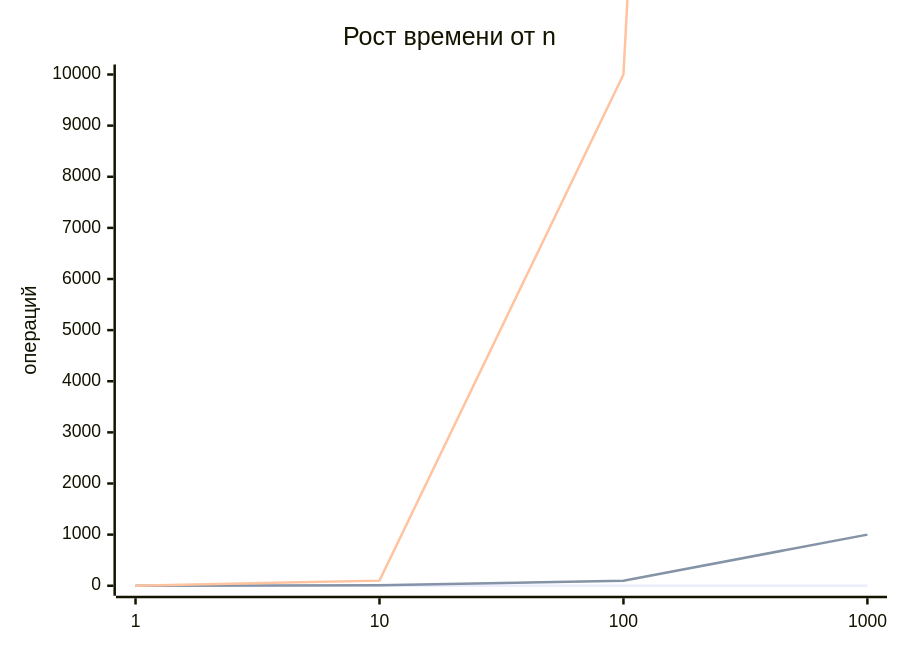
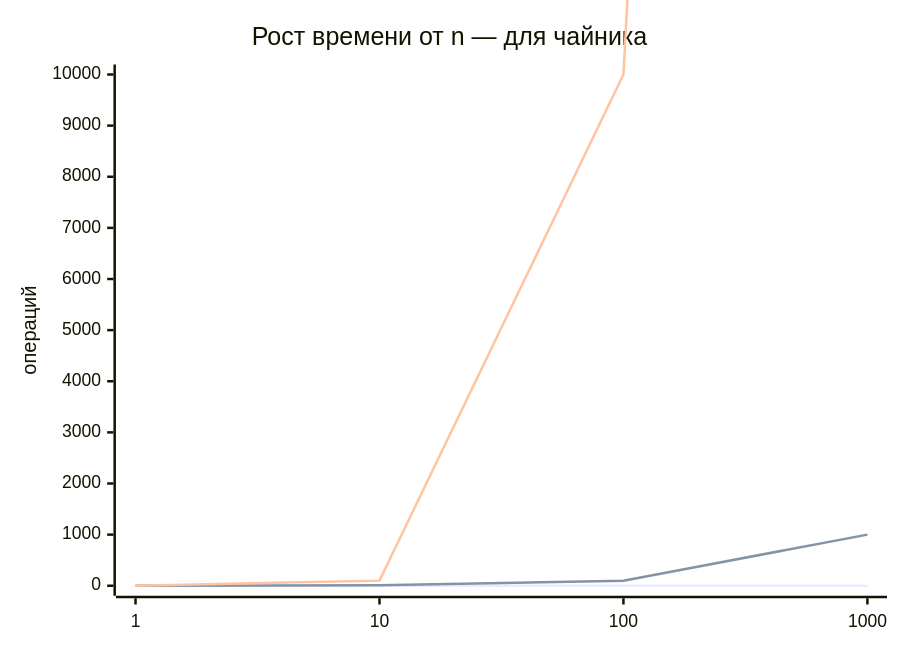
One commit to JayStorm228/College changed the first of 4 diagrams in 02_Курсы/01. Инженерные практики Python/01_Лекции/10. Сложность и производительность.md. Above: the diagram before and after it, drawn with Mermaid. The commit also changed other lines of this file and 4 other files, not shown here.

````diff
--- a/02_Курсы/01. Инженерные практики Python/01_Лекции/10. Сложность и производительность.md
+++ b/02_Курсы/01. Инженерные практики Python/01_Лекции/10. Сложность и производительность.md
@@ -29,9 +26,9 @@
 ```mermaid
 xychart-beta
-    title "Рост времени от n"
+    title "Рост времени от n — для чайника"
     x-axis [1, 10, 100, 1000]
     y-axis "операций" 0 --> 10000
     line [1, 1, 1, 1]
     line [1, 10, 100, 1000]
     line [1, 100, 10000, 100000]
 ```
````
